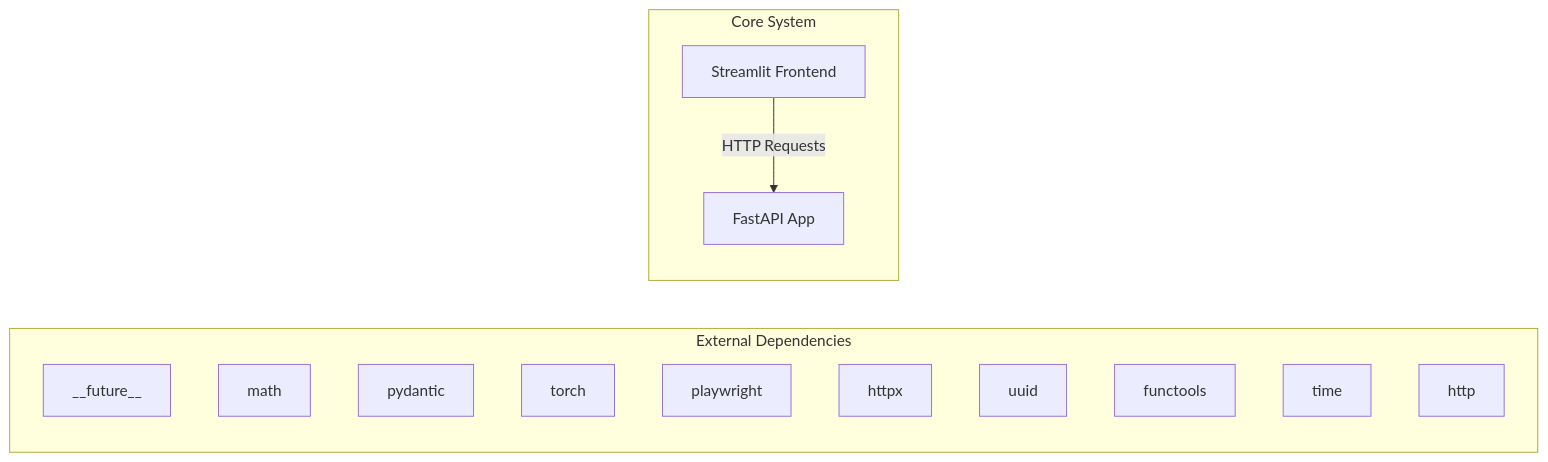
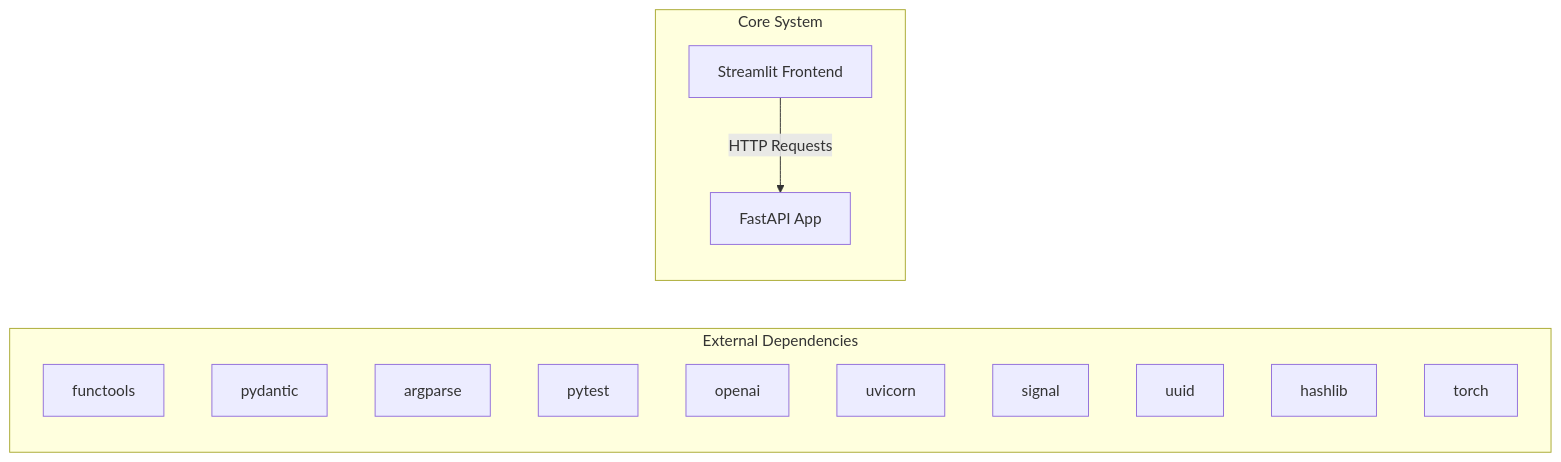
One commit to NITISH-R-G/rag-context-optimizer changed the first of 2 diagrams in docs/architecture.md. Above: the diagram before and after it, drawn with Mermaid. The commit also changed 1 other file, not shown here.

Commit message:
docs: auto-update repository knowledge, architecture diagrams, and documentation

````diff
--- a/docs/architecture.md
+++ b/docs/architecture.md
@@ -7,20 +7,20 @@
 ```mermaid
 graph LR
     subgraph External Dependencies
-        E0["__future__"]
-        E1["math"]
-        E2["pydantic"]
-        E3["torch"]
-        E4["playwright"]
-        E5["httpx"]
-        E6["uuid"]
-        E7["functools"]
-        E8["time"]
-        E9["http"]
+        E0["functools"]
+        E1["pydantic"]
+        E2["argparse"]
+        E3["pytest"]
+        E4["openai"]
+        E5["uvicorn"]
+        E6["signal"]
+        E7["uuid"]
+        E8["hashlib"]
+        E9["torch"]
     end
     subgraph Core System
         API["FastAPI App"]
         UI["Streamlit Frontend"]
     end
     UI -->|HTTP Requests| API
 ```
````
